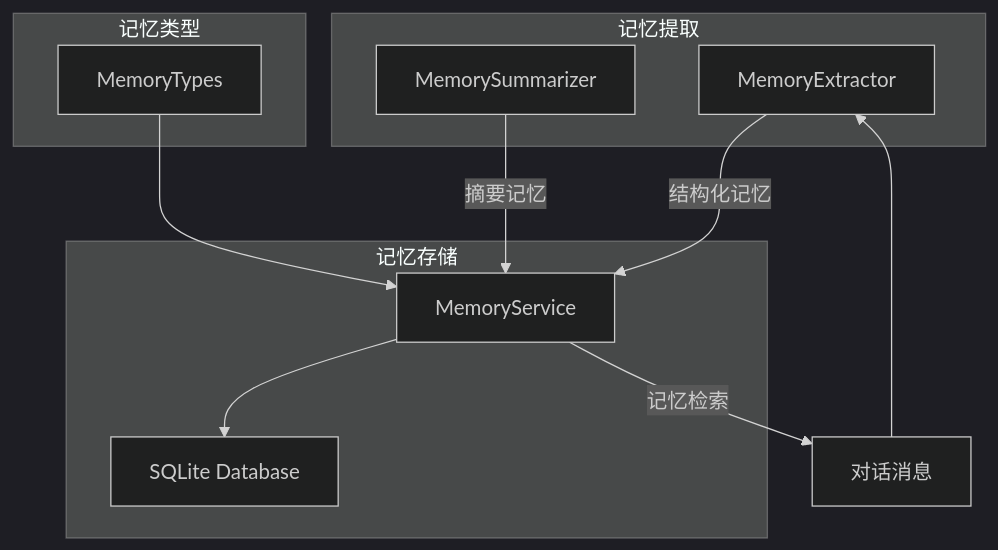
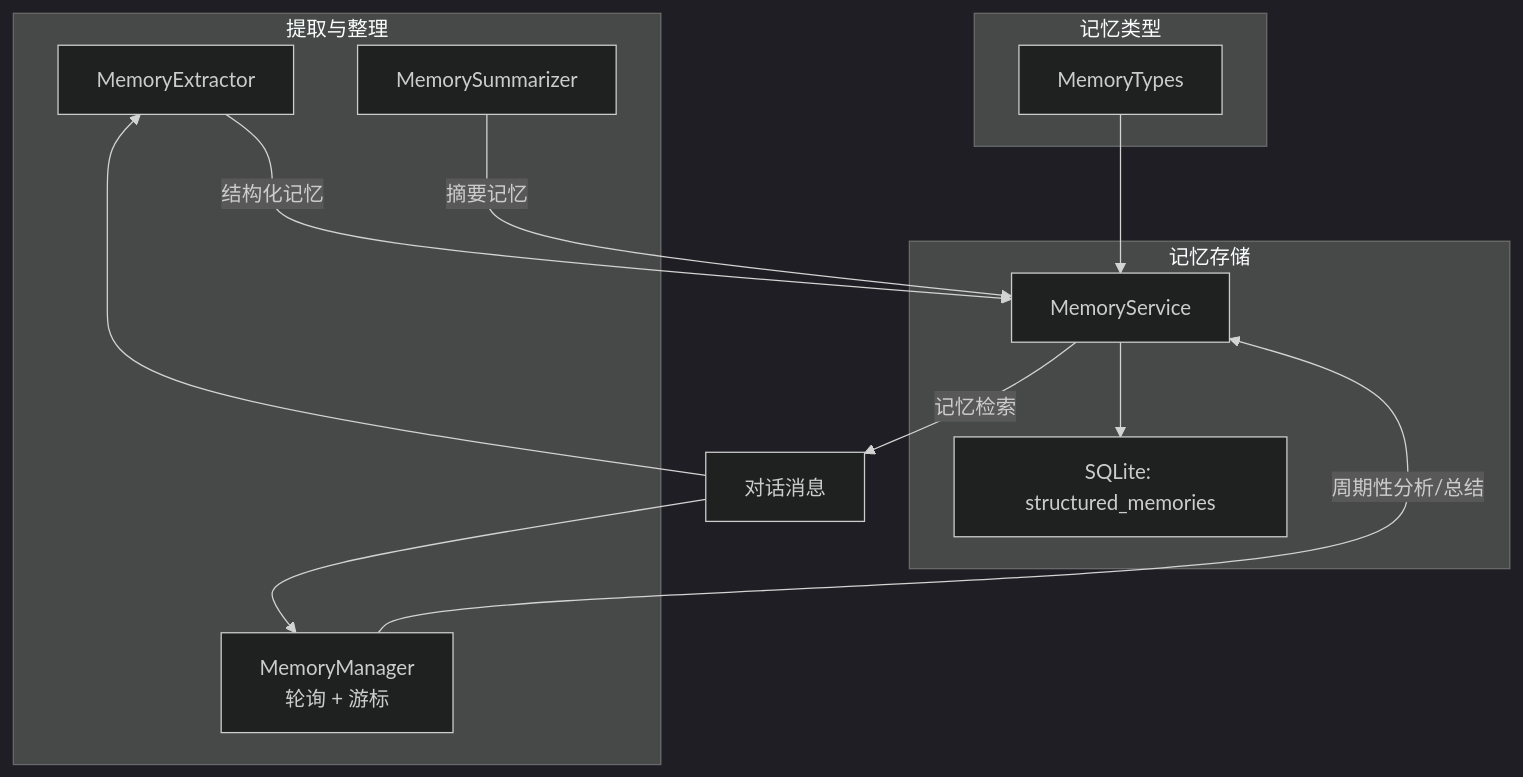
The first of 3 diagrams in architecture/memory.md (XxxXTeam/ChatAI-Plugin-Does), drawn with Mermaid (dark theme) before and after one commit. The commit also changed other lines of this file and 71 other files, not shown here.

````diff
--- a/architecture/memory.md
+++ b/architecture/memory.md
@@ -12,23 +28,26 @@
 ```mermaid
 graph TB
-    subgraph "记忆提取"
+    subgraph "提取与整理"
         ME["MemoryExtractor"]
         MS["MemorySummarizer"]
+        MM["MemoryManager<br/>轮询 + 游标"]
     end
     
     subgraph "记忆存储"
         MSV["MemoryService"]
-        DB["SQLite Database"]
+        DB["SQLite: structured_memories"]
     end
     
     subgraph "记忆类型"
         MT["MemoryTypes"]
     end
     
     Chat["对话消息"] --> ME
     ME -->|结构化记忆| MSV
     MS -->|摘要记忆| MSV
+    MM -->|周期性分析/总结| MSV
+    Chat --> MM
     MSV --> DB
     MT --> MSV
     MSV -->|记忆检索| Chat
 ```
````
